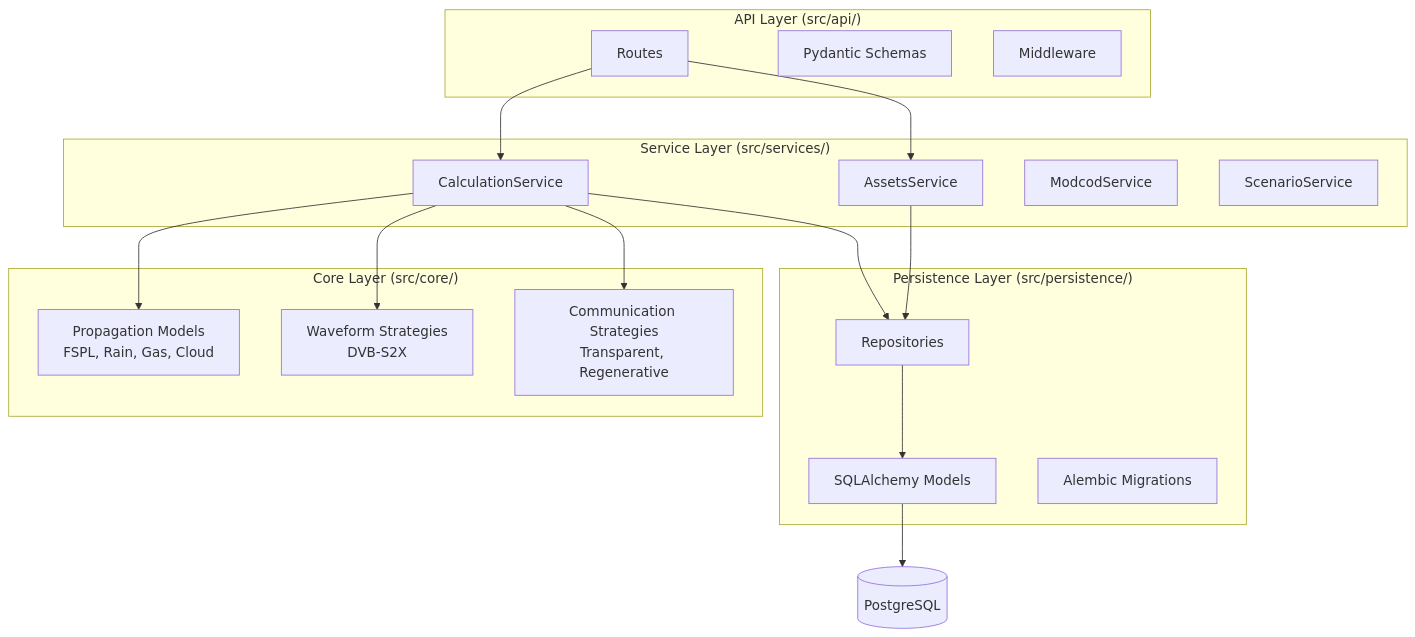
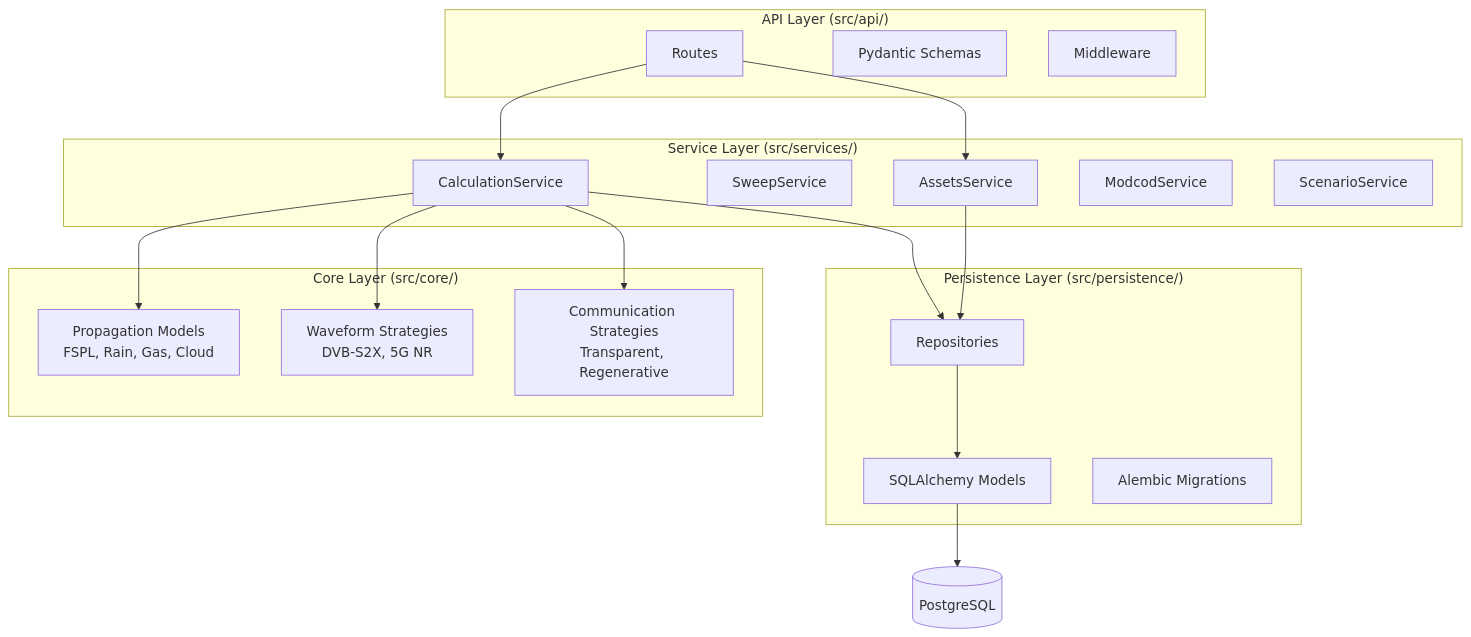
One commit to tasumu/ntn-lbtools changed the third of 11 diagrams in docs/architecture.md. Above: the diagram before and after it, drawn with Mermaid. The commit also changed other lines of this file and 4 other files, not shown here.

````diff
--- a/docs/architecture.md
+++ b/docs/architecture.md
@@ -88,37 +96,38 @@
 ```mermaid
 flowchart TB
     subgraph "API Layer (src/api/)"
         Routes[Routes]
         Schemas[Pydantic Schemas]
         Middleware[Middleware]
     end
 
     subgraph "Service Layer (src/services/)"
         CalcService[CalculationService]
+        SweepService[SweepService]
         AssetsService[AssetsService]
         ModcodService[ModcodService]
         ScenarioService[ScenarioService]
     end
 
     subgraph "Core Layer (src/core/)"
         Propagation[Propagation Models<br/>FSPL, Rain, Gas, Cloud]
-        Strategies[Waveform Strategies<br/>DVB-S2X]
+        Strategies[Waveform Strategies<br/>DVB-S2X, 5G NR]
         Communication[Communication Strategies<br/>Transparent, Regenerative]
     end
 
     subgraph "Persistence Layer (src/persistence/)"
         Models[SQLAlchemy Models]
         Repos[Repositories]
         Migrations[Alembic Migrations]
     end
 
     Routes --> CalcService
     Routes --> AssetsService
     CalcService --> Propagation
     CalcService --> Strategies
     CalcService --> Communication
     CalcService --> Repos
     AssetsService --> Repos
     Repos --> Models
     Models --> DB[(PostgreSQL)]
 ```
````
